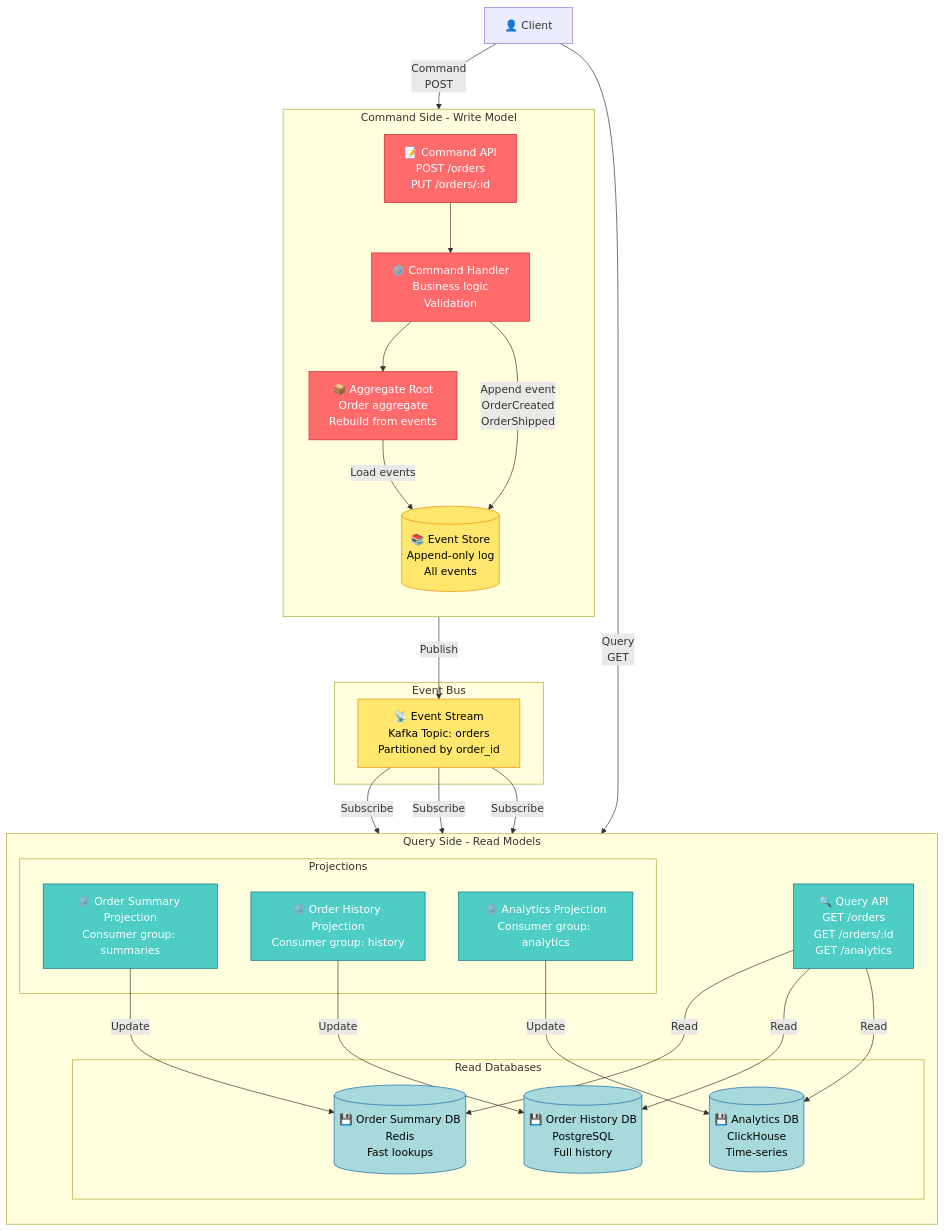
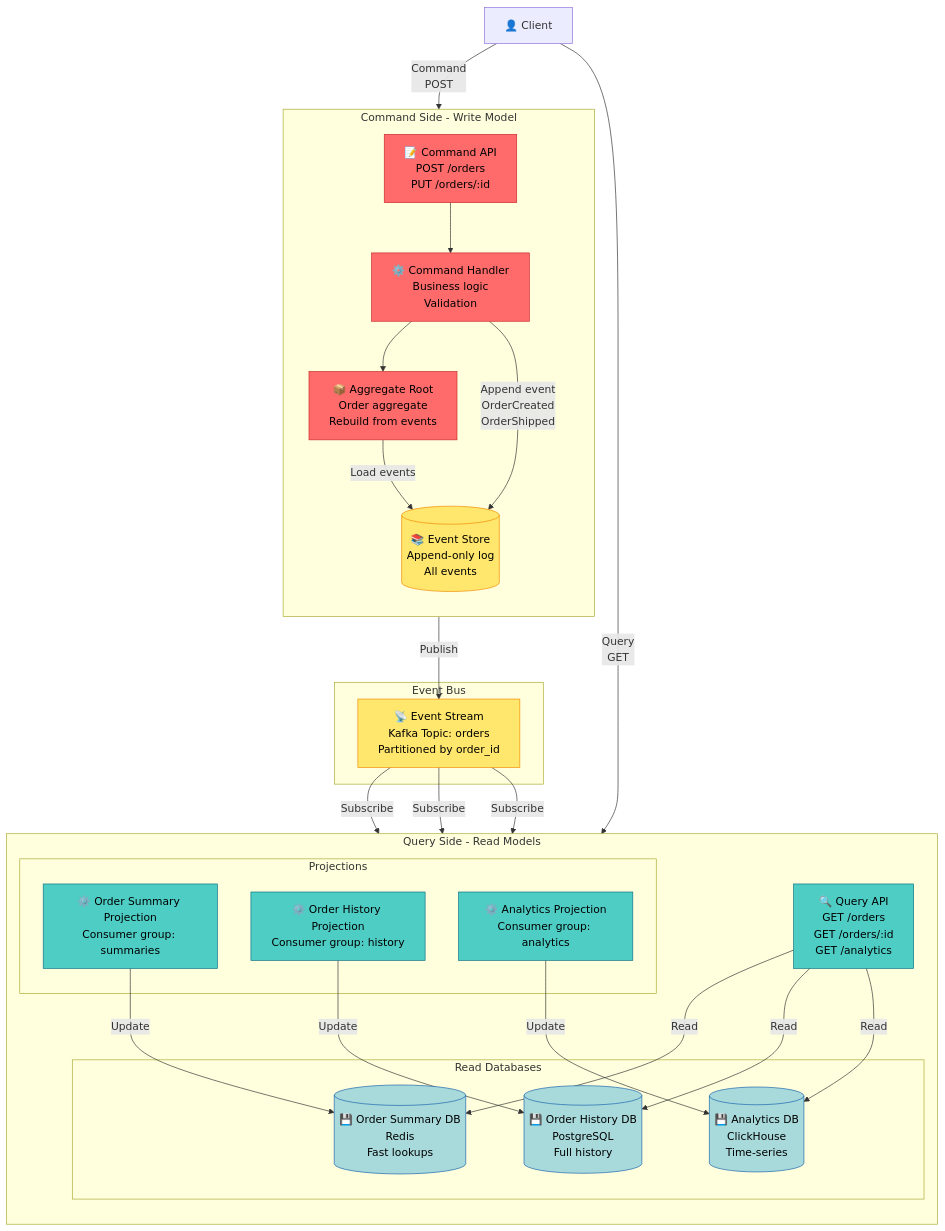
One commit to wienans/example-repo changed the ninth of 15 diagrams in .agents/skills/mermaid-architect/references/guides/diagrams/architecture-diagrams.md. Above: the diagram before and after it, drawn with Mermaid. The commit also changed other lines of this file and 58 other files, not shown here.

First line of the commit message:
feat(skills): merge mastery-of-mermaid into mermaid-architect

````diff
--- a/.agents/skills/mermaid-architect/references/guides/diagrams/architecture-diagrams.md
+++ b/.agents/skills/mermaid-architect/references/guides/diagrams/architecture-diagrams.md
@@ -688,66 +688,66 @@
 ```mermaid
 graph TB
     Client[👤 Client]
 
     subgraph "Command Side - Write Model"
         direction TB
         CommandAPI[📝 Command API<br/>POST /orders<br/>PUT /orders/:id]
         CommandHandler[⚙️ Command Handler<br/>Business logic<br/>Validation]
         EventStore[(📚 Event Store<br/>Append-only log<br/>All events)]
         Aggregate[📦 Aggregate Root<br/>Order aggregate<br/>Rebuild from events]
     end
 
     subgraph "Event Bus"
         EventStream[📡 Event Stream<br/>Kafka Topic: orders<br/>Partitioned by order_id]
     end
 
     subgraph "Query Side - Read Models"
         direction TB
 
         subgraph "Projections"
             OrderSummaryProjection[⚙️ Order Summary Projection<br/>Consumer group: summaries]
             OrderHistoryProjection[⚙️ Order History Projection<br/>Consumer group: history]
             AnalyticsProjection[⚙️ Analytics Projection<br/>Consumer group: analytics]
         end
 
         subgraph "Read Databases"
             OrderSummaryDB[(💾 Order Summary DB<br/>Redis<br/>Fast lookups)]
             OrderHistoryDB[(💾 Order History DB<br/>PostgreSQL<br/>Full history)]
             AnalyticsDB[(💾 Analytics DB<br/>ClickHouse<br/>Time-series)]
         end
 
         QueryAPI[🔍 Query API<br/>GET /orders<br/>GET /orders/:id<br/>GET /analytics]
     end
 
     Client -->|Command<br/>POST| CommandAPI
     CommandAPI --> CommandHandler
     CommandHandler --> Aggregate
     Aggregate -->|Load events| EventStore
 
     CommandHandler -->|Append event<br/>OrderCreated<br/>OrderShipped| EventStore
 
     EventStore -->|Publish| EventStream
 
     EventStream -->|Subscribe| OrderSummaryProjection
     EventStream -->|Subscribe| OrderHistoryProjection
     EventStream -->|Subscribe| AnalyticsProjection
 
     OrderSummaryProjection -->|Update| OrderSummaryDB
     OrderHistoryProjection -->|Update| OrderHistoryDB
     AnalyticsProjection -->|Update| AnalyticsDB
 
     Client -->|Query<br/>GET| QueryAPI
     QueryAPI -->|Read| OrderSummaryDB
     QueryAPI -->|Read| OrderHistoryDB
     QueryAPI -->|Read| AnalyticsDB
 
-    classDef command fill:#FF6B6B,stroke:#C92A2A,color:#fff
+    classDef command fill:#FF6B6B,stroke:#C92A2A,color:#000
     classDef event fill:#FFE66D,stroke:#F08C00,color:#000
-    classDef query fill:#4ECDC4,stroke:#0B7285,color:#fff
+    classDef query fill:#4ECDC4,stroke:#0B7285,color:#000
     classDef database fill:#A8DADC,stroke:#1864AB,color:#000
 
     class CommandAPI,CommandHandler,Aggregate command
     class EventStore,EventStream event
     class OrderSummaryProjection,OrderHistoryProjection,AnalyticsProjection,QueryAPI query
     class OrderSummaryDB,OrderHistoryDB,AnalyticsDB database
 ```
````
